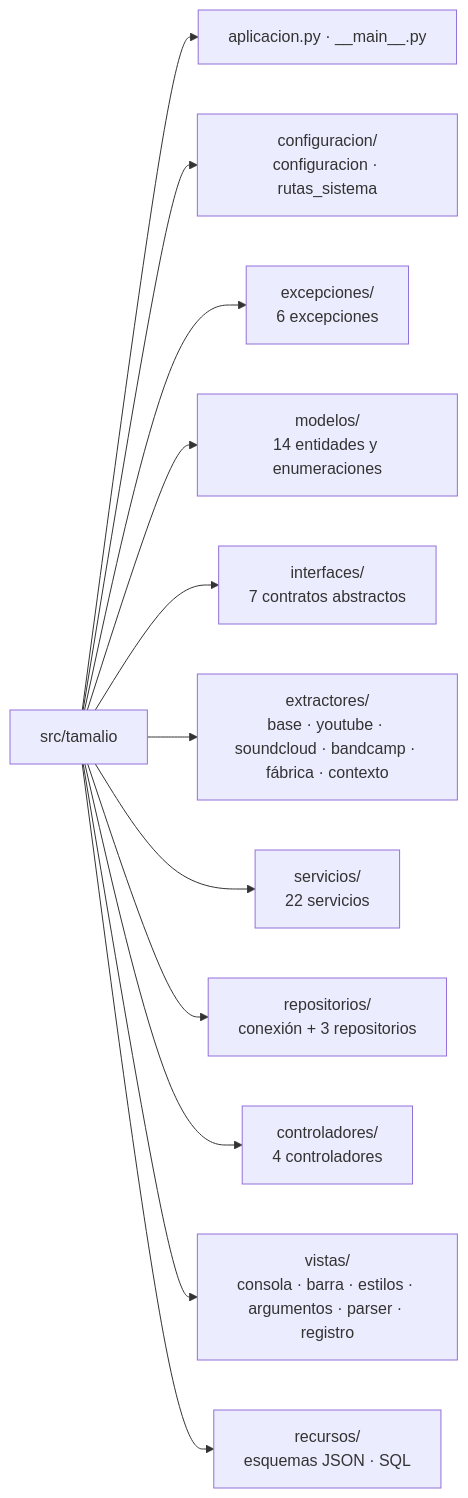
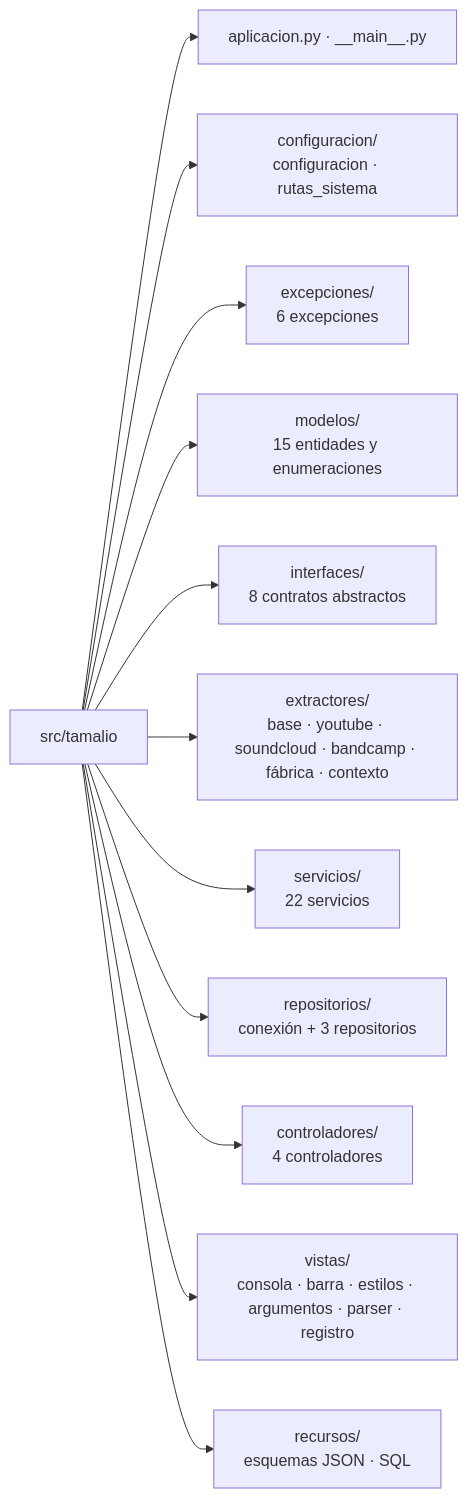
The tenth of 10 diagrams in docs/arquitectura.md (vjesus-ferreyra/Tamalio), drawn with Mermaid before and after one commit. The commit also changed other lines of this file and 40 other files, not shown here.

````diff
--- a/docs/arquitectura.md
+++ b/docs/arquitectura.md
@@ -445,14 +472,14 @@
 ```mermaid
 flowchart LR
     raiz[src/tamalio] --> app[aplicacion.py · __main__.py]
     raiz --> cfg[configuracion/<br/>configuracion · rutas_sistema]
     raiz --> exc[excepciones/<br/>6 excepciones]
-    raiz --> mod[modelos/<br/>14 entidades y enumeraciones]
-    raiz --> itf[interfaces/<br/>7 contratos abstractos]
+    raiz --> mod[modelos/<br/>15 entidades y enumeraciones]
+    raiz --> itf[interfaces/<br/>8 contratos abstractos]
     raiz --> ext[extractores/<br/>base · youtube · soundcloud · bandcamp · fábrica · contexto]
     raiz --> srv[servicios/<br/>22 servicios]
     raiz --> rep[repositorios/<br/>conexión + 3 repositorios]
     raiz --> ctl[controladores/<br/>4 controladores]
     raiz --> vis[vistas/<br/>consola · barra · estilos · argumentos · parser · registro]
     raiz --> rec[recursos/<br/>esquemas JSON · SQL]
 ```
````
